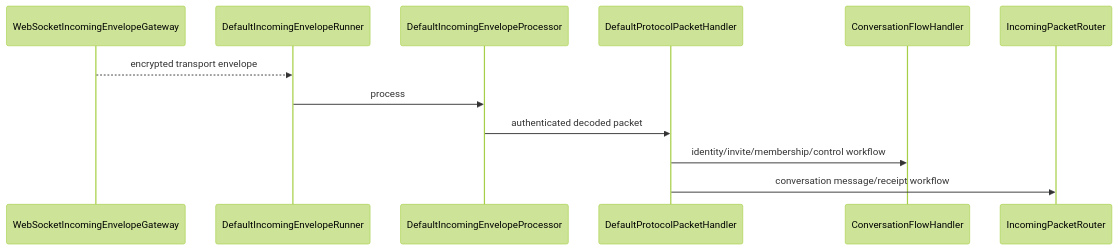
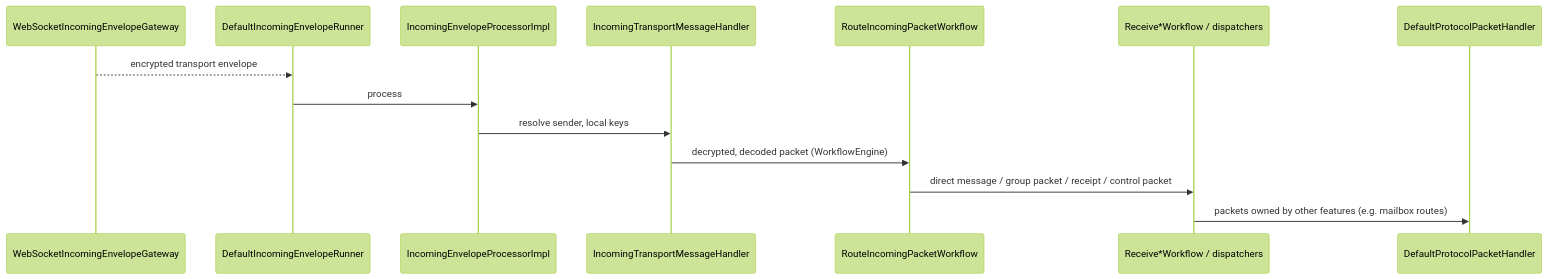
Before and after one commit to cbgm/Sparrow: the second of 2 diagrams in docs/architecture/messaging-boundary.md, drawn with Mermaid (forest theme). The commit also changed other lines of this file and 1098 other files, not shown here.

````diff
--- a/docs/architecture/messaging-boundary.md
+++ b/docs/architecture/messaging-boundary.md
@@ -45,15 +47,17 @@
 ```mermaid
 sequenceDiagram
     participant TR as WebSocketIncomingEnvelopeGateway
     participant RUN as DefaultIncomingEnvelopeRunner
-    participant PROC as DefaultIncomingEnvelopeProcessor
+    participant PROC as IncomingEnvelopeProcessorImpl
+    participant H as IncomingTransportMessageHandler
+    participant ROUTE as RouteIncomingPacketWorkflow
+    participant WF as Receive*Workflow / dispatchers
     participant PH as DefaultProtocolPacketHandler
-    participant FLOW as ConversationFlowHandler
-    participant CHAT as IncomingPacketRouter
 
     TR-->>RUN: encrypted transport envelope
     RUN->>PROC: process
-    PROC->>PH: authenticated decoded packet
-    PH->>FLOW: identity/invite/membership/control workflow
-    PH->>CHAT: conversation message/receipt workflow
+    PROC->>H: resolve sender, local keys
+    H->>ROUTE: decrypted, decoded packet (WorkflowEngine)
+    ROUTE->>WF: direct message / group packet / receipt / control packet
+    WF->>PH: packets owned by other features (e.g. mailbox routes)
 ```
````
